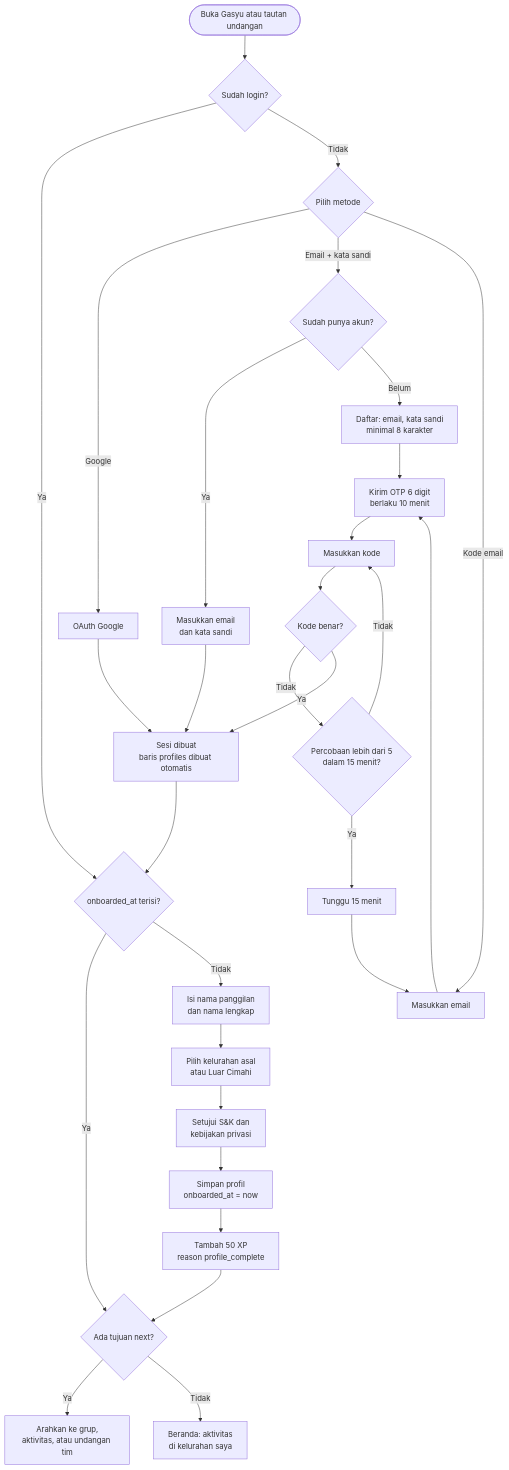
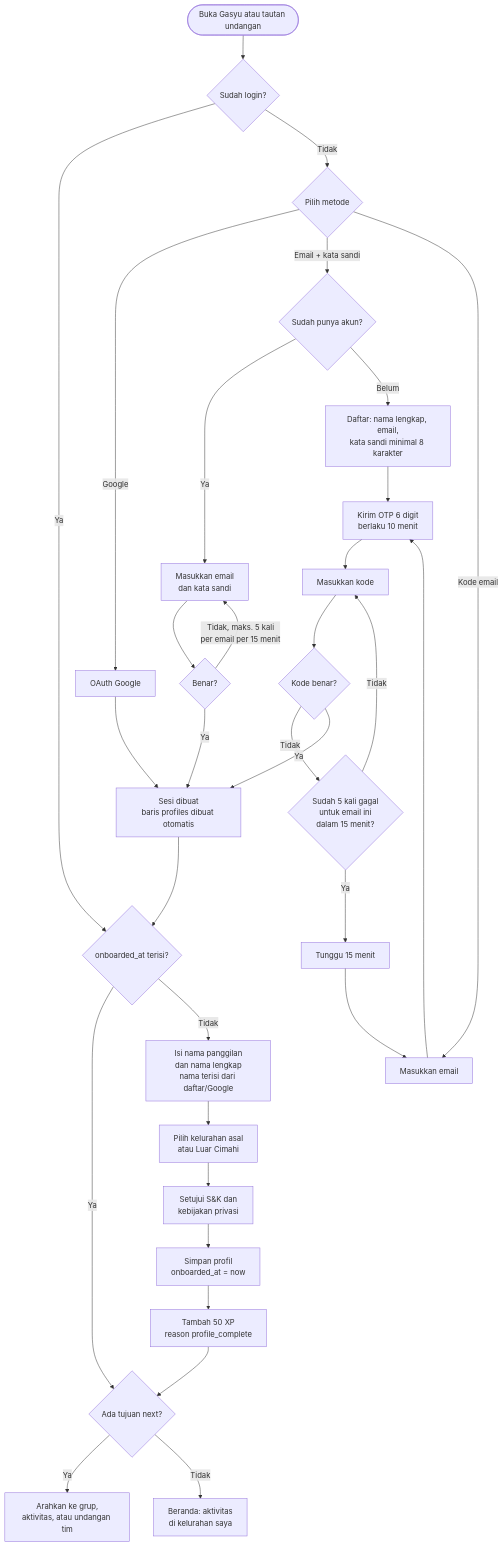
One commit to mirwanma/gasyu changed the third of 30 diagrams in docs/ALUR-SISTEM.md. Above: the diagram before and after it, drawn with Mermaid. The commit also changed other lines of this file and 4 other files, not shown here.

````diff
--- a/docs/ALUR-SISTEM.md
+++ b/docs/ALUR-SISTEM.md
@@ -183,29 +184,31 @@
 ```mermaid
 flowchart TD
     S([Buka Gasyu atau tautan undangan]) --> L{Sudah login?}
     L -- Ya --> O
     L -- Tidak --> M{Pilih metode}
     M -->|Google| G[OAuth Google]
     M -->|Email + kata sandi| PW{Sudah punya akun?}
-    PW -- Ya --> PL[Masukkan email<br/>dan kata sandi] --> SES
-    PW -- Belum --> SU[Daftar: email, kata sandi<br/>minimal 8 karakter] --> OT
+    PW -- Ya --> PL[Masukkan email<br/>dan kata sandi] --> PV{Benar?}
+    PV -- Ya --> SES
+    PV -- Tidak, maks. 5 kali<br/>per email per 15 menit --> PL
+    PW -- Belum --> SU[Daftar: nama lengkap, email,<br/>kata sandi minimal 8 karakter] --> OT
     M -->|Kode email| E[Masukkan email]
     E --> OT[Kirim OTP 6 digit<br/>berlaku 10 menit]
     OT --> IN[Masukkan kode]
     IN --> V{Kode benar?}
-    V -- Tidak --> R{Percobaan lebih dari 5<br/>dalam 15 menit?}
+    V -- Tidak --> R{Sudah 5 kali gagal<br/>untuk email ini<br/>dalam 15 menit?}
     R -- Ya --> BL[Tunggu 15 menit] --> E
     R -- Tidak --> IN
     V -- Ya --> SES
     G --> SES[Sesi dibuat<br/>baris profiles dibuat otomatis]
     SES --> O{onboarded_at terisi?}
     O -- Ya --> NX
-    O -- Tidak --> F1[Isi nama panggilan<br/>dan nama lengkap]
+    O -- Tidak --> F1[Isi nama panggilan<br/>dan nama lengkap<br/>nama terisi dari daftar/Google]
     F1 --> F2[Pilih kelurahan asal<br/>atau Luar Cimahi]
     F2 --> F3[Setujui S&K dan<br/>kebijakan privasi]
     F3 --> F4[Simpan profil<br/>onboarded_at = now]
     F4 --> XP[Tambah 50 XP<br/>reason profile_complete]
     XP --> NX{Ada tujuan next?}
     NX -- Ya --> T[Arahkan ke grup,<br/>aktivitas, atau undangan tim]
     NX -- Tidak --> H[Beranda: aktivitas<br/>di kelurahan saya]
 ```
````
